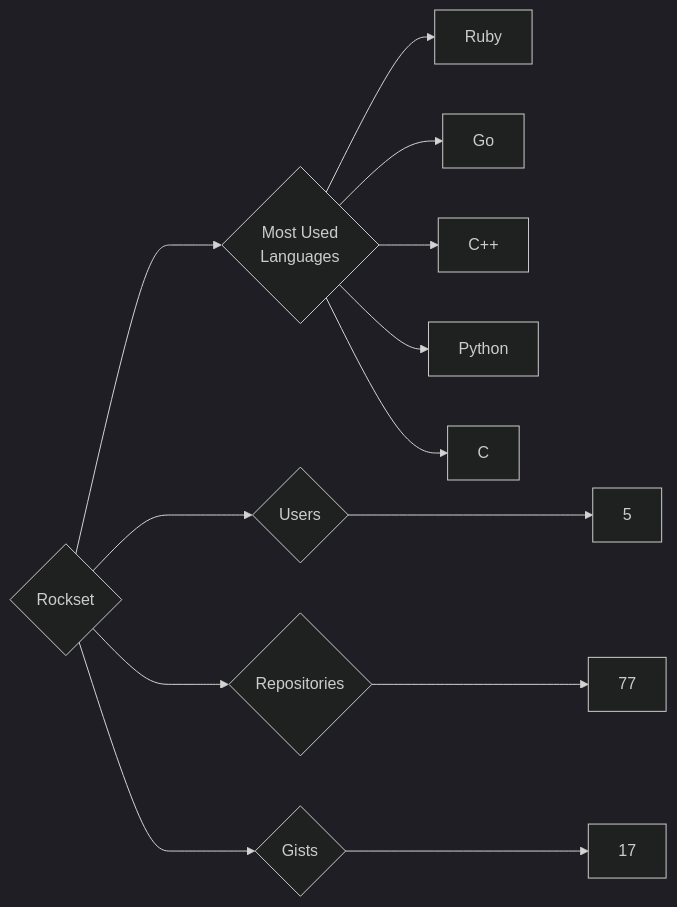
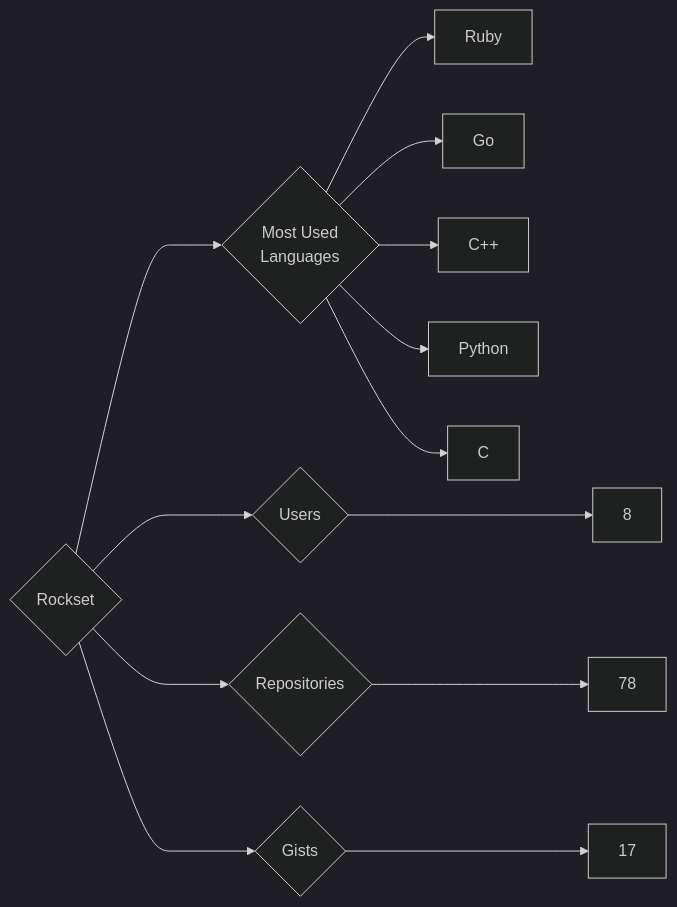
The diagram in targets/Rockset/README.md (trickest/insiders), drawn with Mermaid (dark theme) before and after one commit. The commit also changed 972 other files, not shown here.

````diff
--- a/targets/Rockset/README.md
+++ b/targets/Rockset/README.md
@@ -3,13 +3,13 @@
 ```mermaid
 graph LR
 COMPANY_NAME{Rockset}
-COMPANY_NAME ---> U{Users} ---> UN[5]
-COMPANY_NAME ---> R{Repositories} ---> RN[77]
+COMPANY_NAME ---> U{Users} ---> UN[8]
+COMPANY_NAME ---> R{Repositories} ---> RN[78]
 COMPANY_NAME ---> G{Gists} ---> GN[17]
 COMPANY_NAME ---> ML{Most Used<br>Languages}
 ML --> Ruby[Ruby]
 ML --> Go[Go]
 ML --> C++[C++]
 ML --> Python[Python]
 ML --> C[C]
 ```
````
